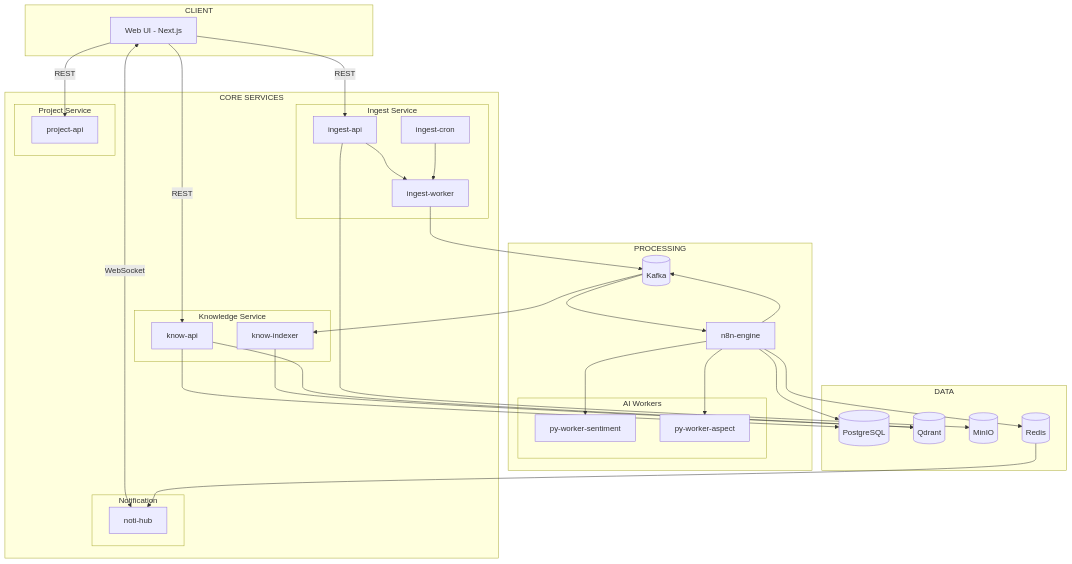
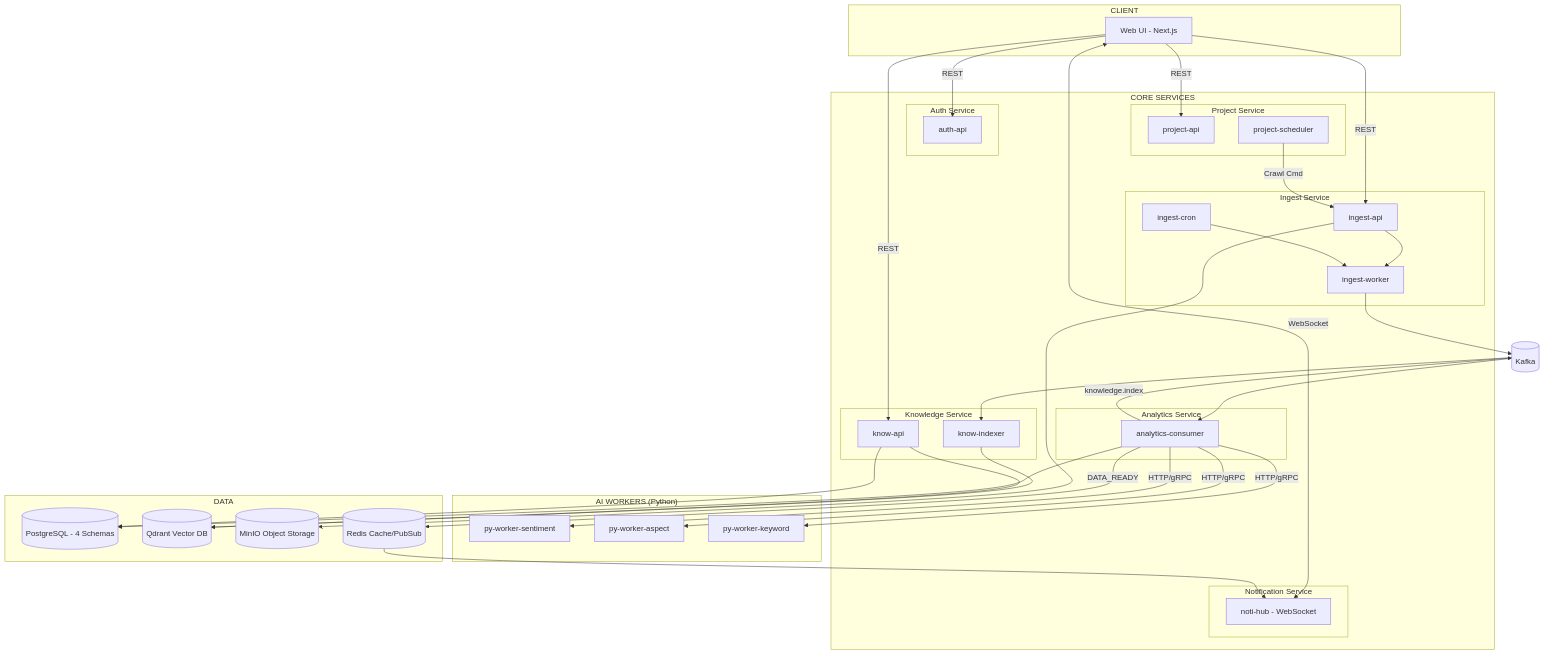
Before and after one commit to smap-hcmut/report: the first of 8 diagrams in documents/dataflow-detailed.md, drawn with Mermaid. The commit also changed other lines of this file and 1 other file, not shown here.

Commit message:
feat: Update data flow to v3.0, introduce new Auth and Analytics services, and implement the Campaign-Project-DataSource hierarchy.

````diff
--- a/documents/dataflow-detailed.md
+++ b/documents/dataflow-detailed.md
@@ -10,60 +10,66 @@
 ```mermaid
 flowchart TD
     subgraph Client["CLIENT"]
         UI[Web UI - Next.js]
     end
 
     subgraph Core["CORE SERVICES"]
+        subgraph Auth["Auth Service"]
+            AU[auth-api]
+        end
+        subgraph Project["Project Service"]
+            PA[project-api]
+            PS[project-scheduler]
+        end
         subgraph Ingest["Ingest Service"]
             IA[ingest-api]
             IW[ingest-worker]
             IC[ingest-cron]
         end
-        subgraph Project["Project Service"]
-            PA[project-api]
+        subgraph Analytics["Analytics Service"]
+            AA[analytics-consumer]
         end
         subgraph Knowledge["Knowledge Service"]
             KA[know-api]
             KI[know-indexer]
         end
-        subgraph Notification["Notification"]
-            NH[noti-hub]
+        subgraph Notification["Notification Service"]
+            NH[noti-hub - WebSocket]
         end
     end
 
-    subgraph Processing["PROCESSING"]
-        Kafka[(Kafka)]
-        n8n[n8n-engine]
-        subgraph Workers["AI Workers"]
-            WS[py-worker-sentiment]
-            WA[py-worker-aspect]
-        end
+    subgraph Processing["AI WORKERS (Python)"]
+        WS[py-worker-sentiment]
+        WA[py-worker-aspect]
+        WK[py-worker-keyword]
     end
 
     subgraph Data["DATA"]
-        PG[(PostgreSQL)]
-        Qdrant[(Qdrant)]
-        MinIO[(MinIO)]
-        Redis[(Redis)]
+        PG[(PostgreSQL - 4 Schemas)]
+        Qdrant[(Qdrant Vector DB)]
+        MinIO[(MinIO Object Storage)]
+        Redis[(Redis Cache/PubSub)]
     end
 
-    UI -->|REST| IA & PA & KA
+    UI -->|REST| IA & PA & KA & AU
     UI <-->|WebSocket| NH
 
     IA --> MinIO
     IA --> IW
     IC --> IW
-    IW --> Kafka
+    IW --> Kafka[(Kafka)]
 
-    Kafka --> n8n
-    n8n --> WS & WA
-    n8n --> PG
-    n8n --> Kafka
+    Kafka --> AA
+    AA -->|HTTP/gRPC| WS & WA & WK
+    AA --> PG
+    AA -->|DATA_READY| Redis
+    AA -->|knowledge.index| Kafka
 
     Kafka --> KI
     KI --> Qdrant
     KA --> Qdrant & PG
 
-    n8n --> Redis
+    PS -->|Crawl Cmd| IA
+
     Redis --> NH
 ```
````
